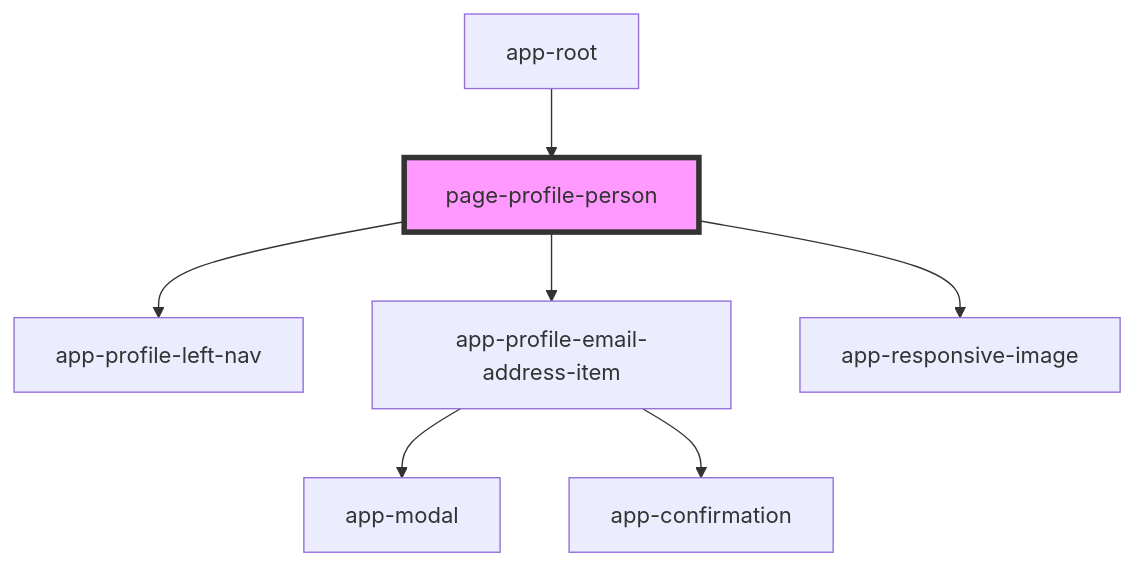
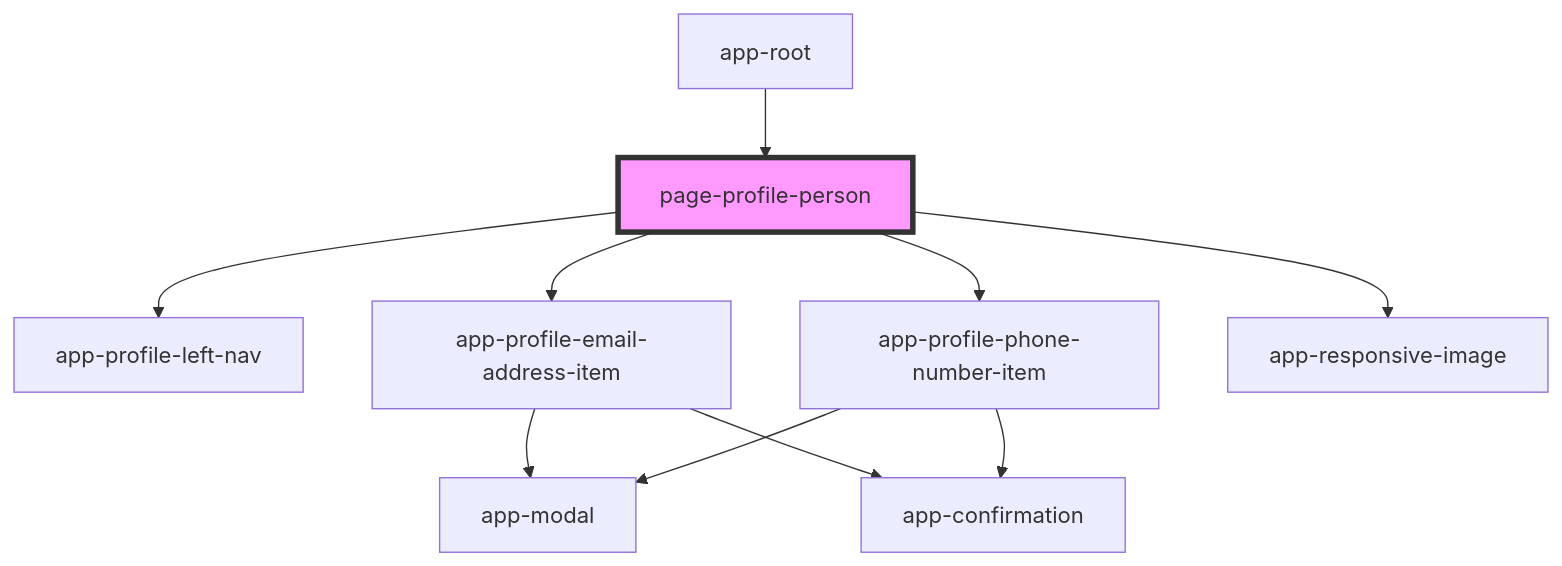
One commit to lokheed/IconEventNetwork.Web changed the diagram in iconeventnetwork-web/src/components/pages/page-profile-person/readme.md. Above: the diagram before and after it, drawn with Mermaid. The commit also changed other lines of this file and 21 other files, not shown here.

````diff
--- a/iconeventnetwork-web/src/components/pages/page-profile-person/readme.md
+++ b/iconeventnetwork-web/src/components/pages/page-profile-person/readme.md
@@ -21,10 +22,13 @@
 ```mermaid
 graph TD;
   page-profile-person --> app-profile-left-nav
   page-profile-person --> app-profile-email-address-item
+  page-profile-person --> app-profile-phone-number-item
   page-profile-person --> app-responsive-image
   app-profile-email-address-item --> app-modal
   app-profile-email-address-item --> app-confirmation
+  app-profile-phone-number-item --> app-modal
+  app-profile-phone-number-item --> app-confirmation
   app-root --> page-profile-person
   style page-profile-person fill:#f9f,stroke:#333,stroke-width:4px
 ```
````
